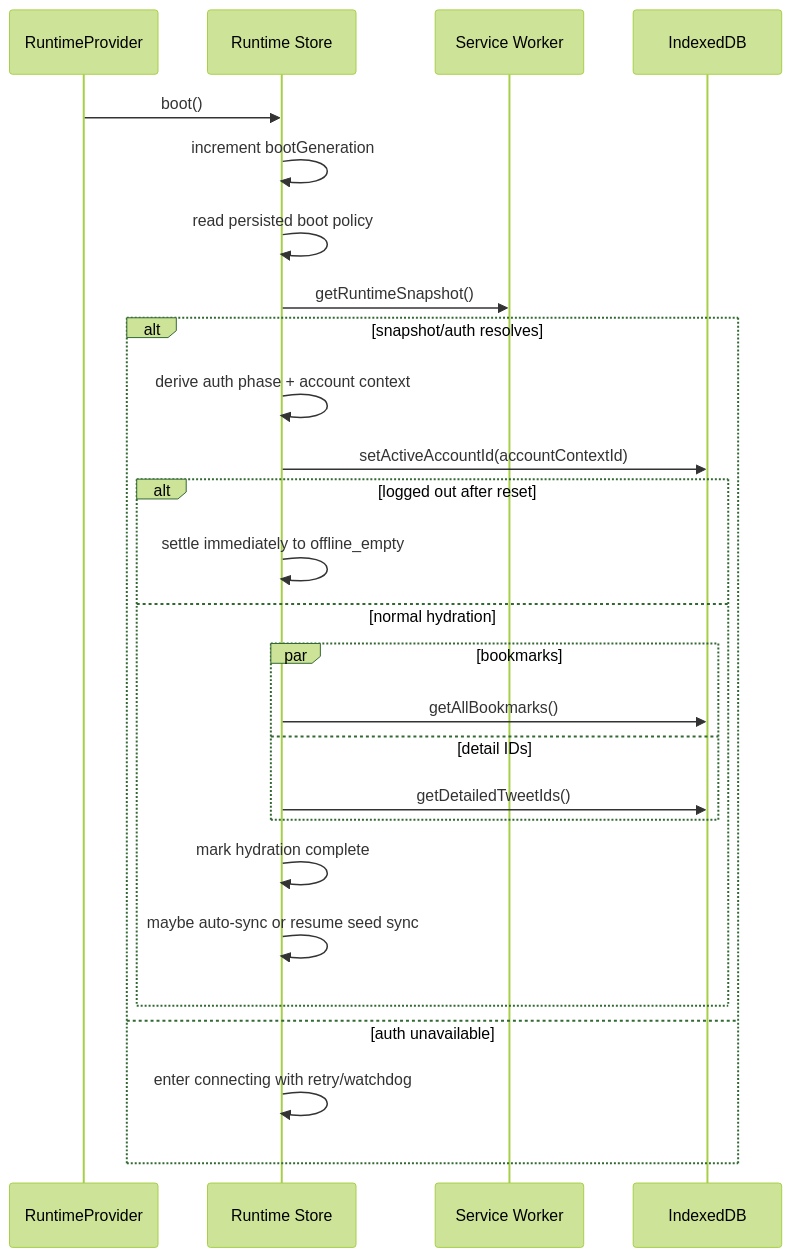
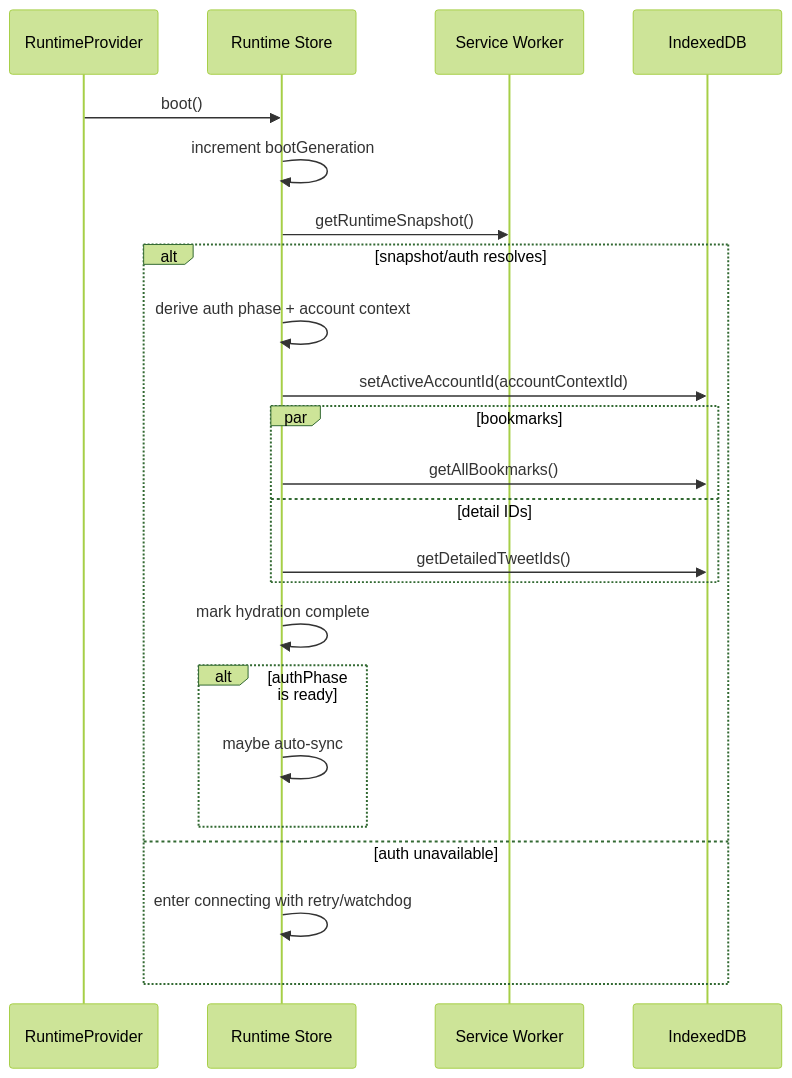
The fourth of 15 diagrams in ARCHITECTURE.md (nnnkit/totem), drawn with Mermaid (forest theme) before and after one commit. The commit also changed other lines of this file and 2 other files, not shown here.

Commit message:
docs: refresh architecture doc for post-refactor state; add visual diagrams

````diff
--- a/ARCHITECTURE.md
+++ b/ARCHITECTURE.md
@@ -135,29 +163,26 @@
 ```mermaid
 sequenceDiagram
   participant UI as RuntimeProvider
   participant Store as Runtime Store
   participant SW as Service Worker
   participant DB as IndexedDB
 
   UI->>Store: boot()
   Store->>Store: increment bootGeneration
-  Store->>Store: read persisted boot policy
   Store->>SW: getRuntimeSnapshot()
   alt snapshot/auth resolves
     Store->>Store: derive auth phase + account context
     Store->>DB: setActiveAccountId(accountContextId)
-    alt logged out after reset
-      Store->>Store: settle immediately to offline_empty
-    else normal hydration
-      par bookmarks
-        Store->>DB: getAllBookmarks()
-      and detail IDs
-        Store->>DB: getDetailedTweetIds()
-      end
-      Store->>Store: mark hydration complete
-      Store->>Store: maybe auto-sync or resume seed sync
+    par bookmarks
+      Store->>DB: getAllBookmarks()
+    and detail IDs
+      Store->>DB: getDetailedTweetIds()
+    end
+    Store->>Store: mark hydration complete
+    alt authPhase is ready
+      Store->>Store: maybe auto-sync
     end
   else auth unavailable
     Store->>Store: enter connecting with retry/watchdog
   end
 ```
````
